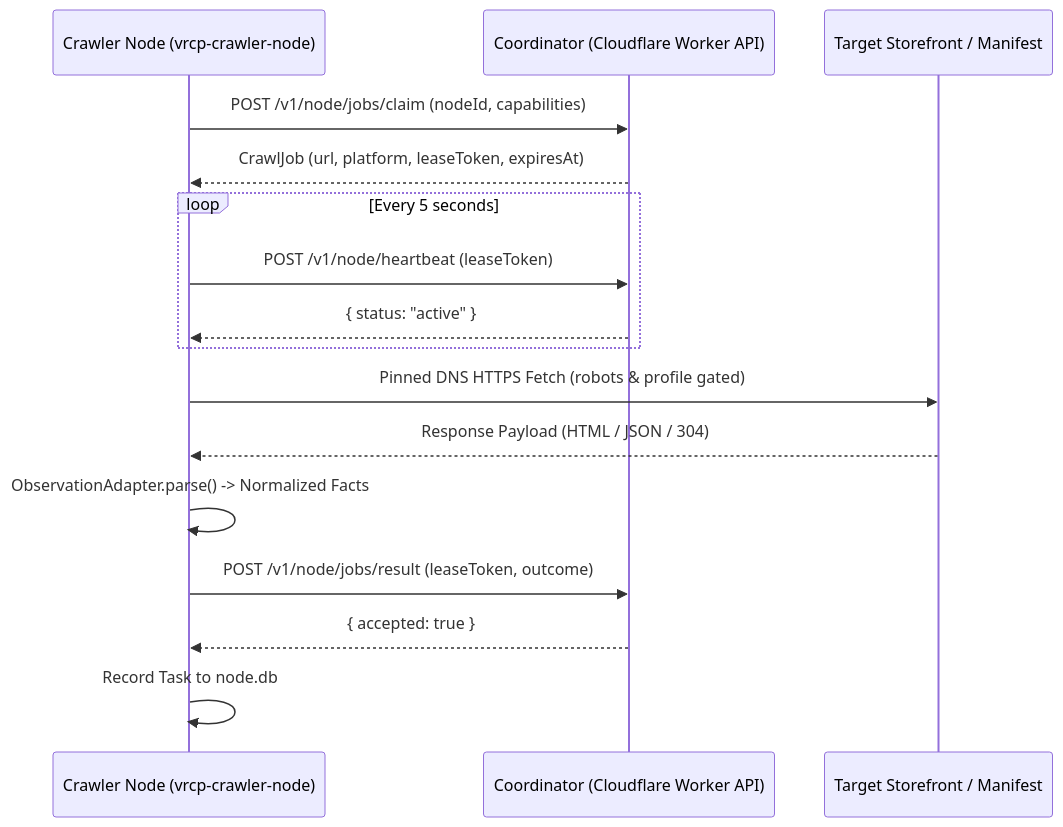
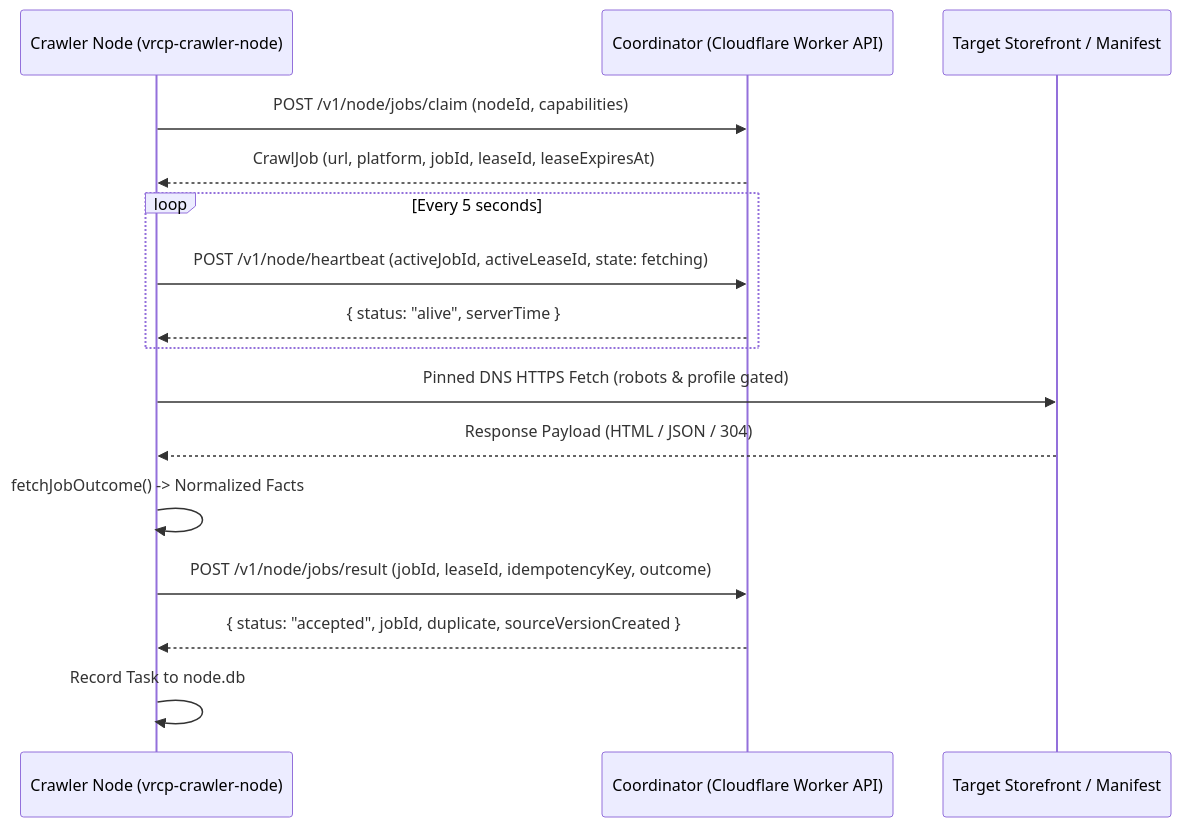
The diagram in docs/source/SPECIFICATION_CRAWLER_CLIENT.md (SlamTheDragon/vrc-package-crawler), drawn with Mermaid before and after one commit. The commit also changed other lines of this file and 126 other files, not shown here.

````diff
--- a/docs/source/SPECIFICATION_CRAWLER_CLIENT.md
+++ b/docs/source/SPECIFICATION_CRAWLER_CLIENT.md
@@ -34,19 +34,19 @@
 ```mermaid
 sequenceDiagram
     participant Node as Crawler Node (vrcp-crawler-node)
     participant Coord as Coordinator (Cloudflare Worker API)
     participant Origin as Target Storefront / Manifest
 
     Node->>Coord: POST /v1/node/jobs/claim (nodeId, capabilities)
-    Coord-->>Node: CrawlJob (url, platform, leaseToken, expiresAt)
+    Coord-->>Node: CrawlJob (url, platform, jobId, leaseId, leaseExpiresAt)
     loop Every 5 seconds
-        Node->>Coord: POST /v1/node/heartbeat (leaseToken)
-        Coord-->>Node: { status: "active" }
+        Node->>Coord: POST /v1/node/heartbeat (activeJobId, activeLeaseId, state: fetching)
+        Coord-->>Node: { status: "alive", serverTime }
     end
     Node->>Origin: Pinned DNS HTTPS Fetch (robots & profile gated)
     Origin-->>Node: Response Payload (HTML / JSON / 304)
-    Node->>Node: ObservationAdapter.parse() -> Normalized Facts
-    Node->>Coord: POST /v1/node/jobs/result (leaseToken, outcome)
-    Coord-->>Node: { accepted: true }
+    Node->>Node: fetchJobOutcome() -> Normalized Facts
+    Node->>Coord: POST /v1/node/jobs/result (jobId, leaseId, idempotencyKey, outcome)
+    Coord-->>Node: { status: "accepted", jobId, duplicate, sourceVersionCreated }
     Node->>Node: Record Task to node.db
 ```
````
